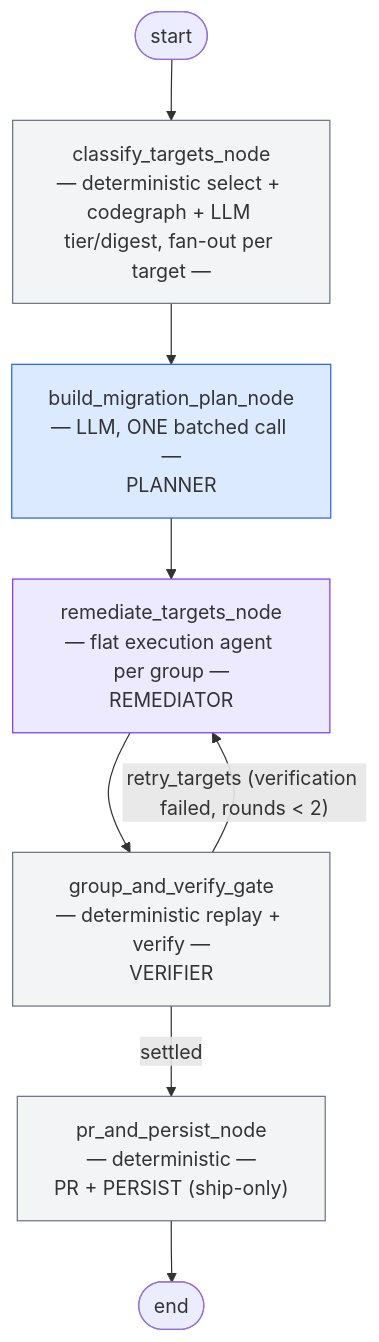
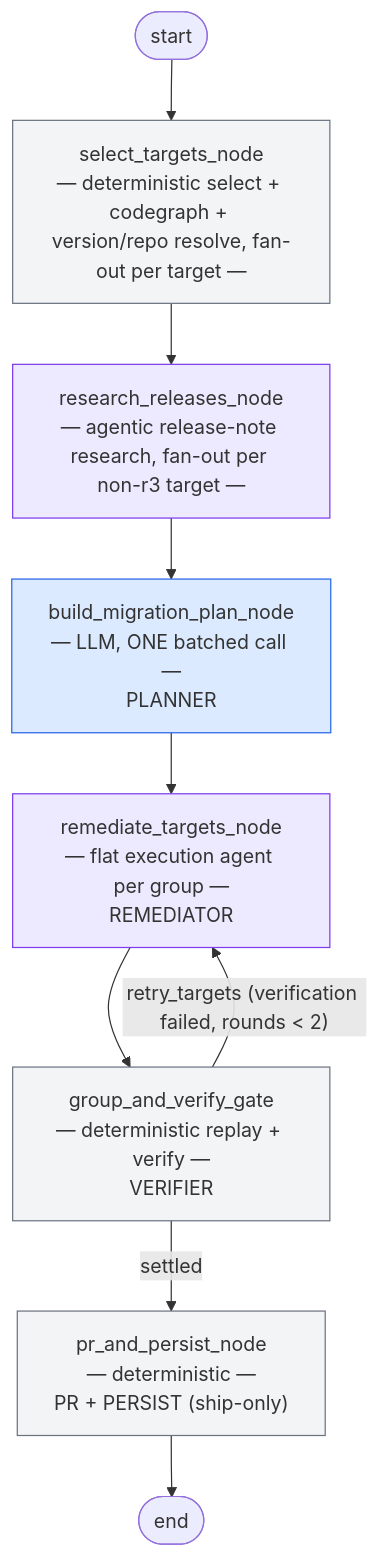
One commit to alaain04/misi-agentic-langgraph changed the fourth of 4 diagrams in apps/backend/docs/graphs.md. Above: the diagram before and after it, drawn with Mermaid. The commit also changed other lines of this file, not shown here.

Commit message:
docs: update graphs.md for select_targets_node/research_releases_node

````diff
--- a/apps/backend/docs/graphs.md
+++ b/apps/backend/docs/graphs.md
@@ -163,28 +163,31 @@
 ```mermaid
 flowchart TD
-    START([start]) --> classify_targets_node
+    START([start]) --> select_targets_node
 
-    classify_targets_node["classify_targets_node\n― deterministic select + codegraph + LLM tier/digest, fan-out per target ―"]
-    classify_targets_node --> build_migration_plan_node
+    select_targets_node["select_targets_node\n― deterministic select + codegraph + version/repo resolve, fan-out per target ―"]
+    select_targets_node --> research_releases_node
+
+    research_releases_node["research_releases_node\n― agentic release-note research, fan-out per non-r3 target ―"]
+    research_releases_node --> build_migration_plan_node
 
     build_migration_plan_node["build_migration_plan_node\n― LLM, ONE batched call ―\nPLANNER"]
     build_migration_plan_node --> remediate_targets_node
 
     remediate_targets_node["remediate_targets_node\n― flat execution agent per group ―\nREMEDIATOR"]
     remediate_targets_node --> group_and_verify_gate
 
     group_and_verify_gate["group_and_verify_gate\n― deterministic replay + verify ―\nVERIFIER"]
     group_and_verify_gate -->|"retry_targets (verification failed, rounds < 2)"| remediate_targets_node
     group_and_verify_gate -->|settled| pr_and_persist_node
 
     pr_and_persist_node["pr_and_persist_node\n― deterministic ―\nPR + PERSIST (ship-only)"]
     pr_and_persist_node --> END([end])
 
     classDef llm fill:#dbeafe,stroke:#2563eb
     classDef agent fill:#ede9fe,stroke:#7c3aed
     classDef det fill:#f3f4f6,stroke:#6b7280
 
     class build_migration_plan_node llm
-    class remediate_targets_node agent
-    class classify_targets_node,group_and_verify_gate,pr_and_persist_node det
+    class remediate_targets_node,research_releases_node agent
+    class select_targets_node,group_and_verify_gate,pr_and_persist_node det
 ```
````
